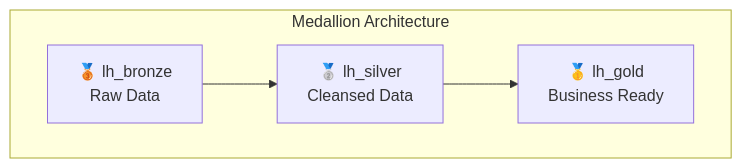
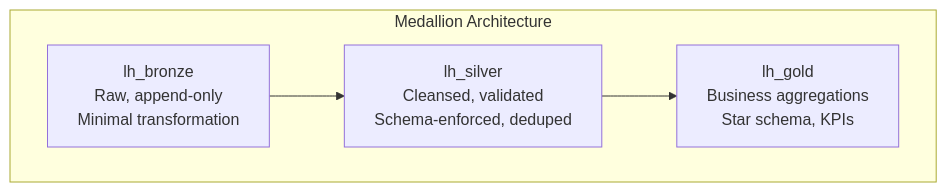
Before and after one commit to fgarofalo56/Supercharge_Microsoft_Fabric: the second of 2 diagrams in tutorials/00-environment-setup/README.md, drawn with Mermaid. The commit also changed other lines of this file and 77 other files, not shown here.

````diff
--- a/tutorials/00-environment-setup/README.md
+++ b/tutorials/00-environment-setup/README.md
@@ -236,8 +126,8 @@
 ```mermaid
 graph TB
     subgraph "Medallion Architecture"
         direction LR
-        B[🥉 lh_bronze<br/>Raw Data] --> S[🥈 lh_silver<br/>Cleansed Data]
-        S --> G[🥇 lh_gold<br/>Business Ready]
+        B["lh_bronze<br/>Raw, append-only<br/>Minimal transformation"] --> S["lh_silver<br/>Cleansed, validated<br/>Schema-enforced, deduped"]
+        S --> G["lh_gold<br/>Business aggregations<br/>Star schema, KPIs"]
     end
 ```
````
